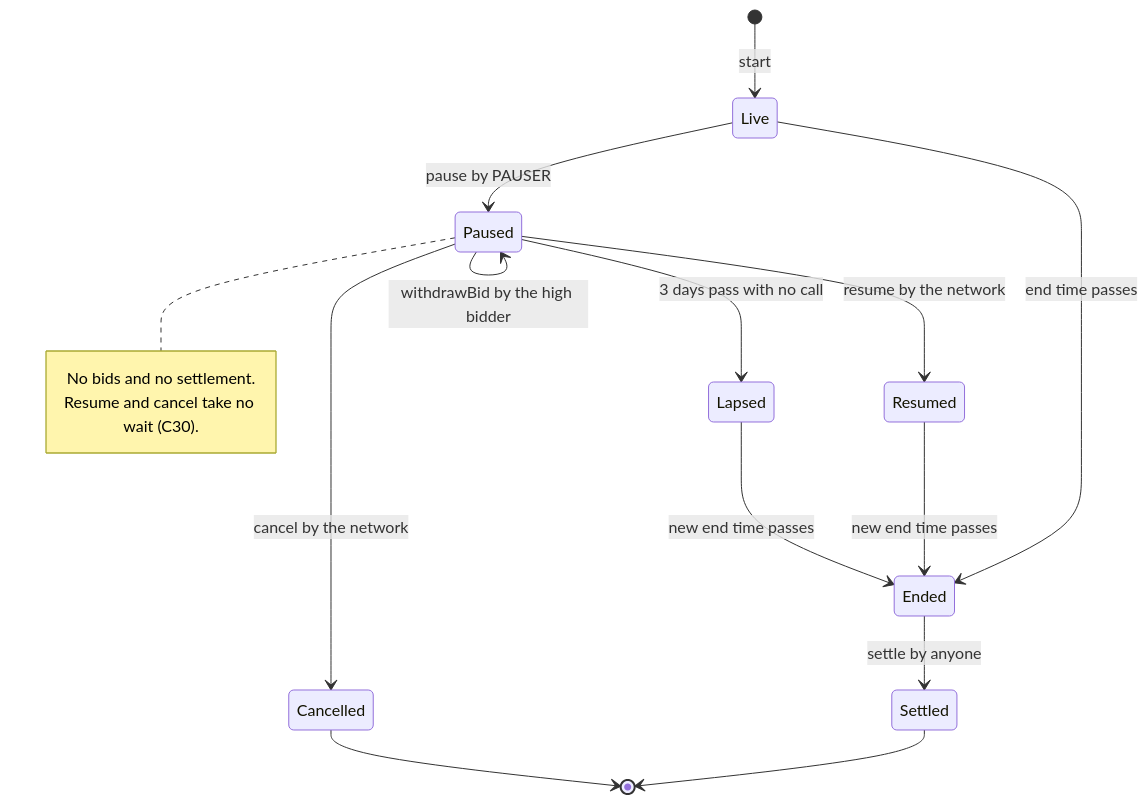
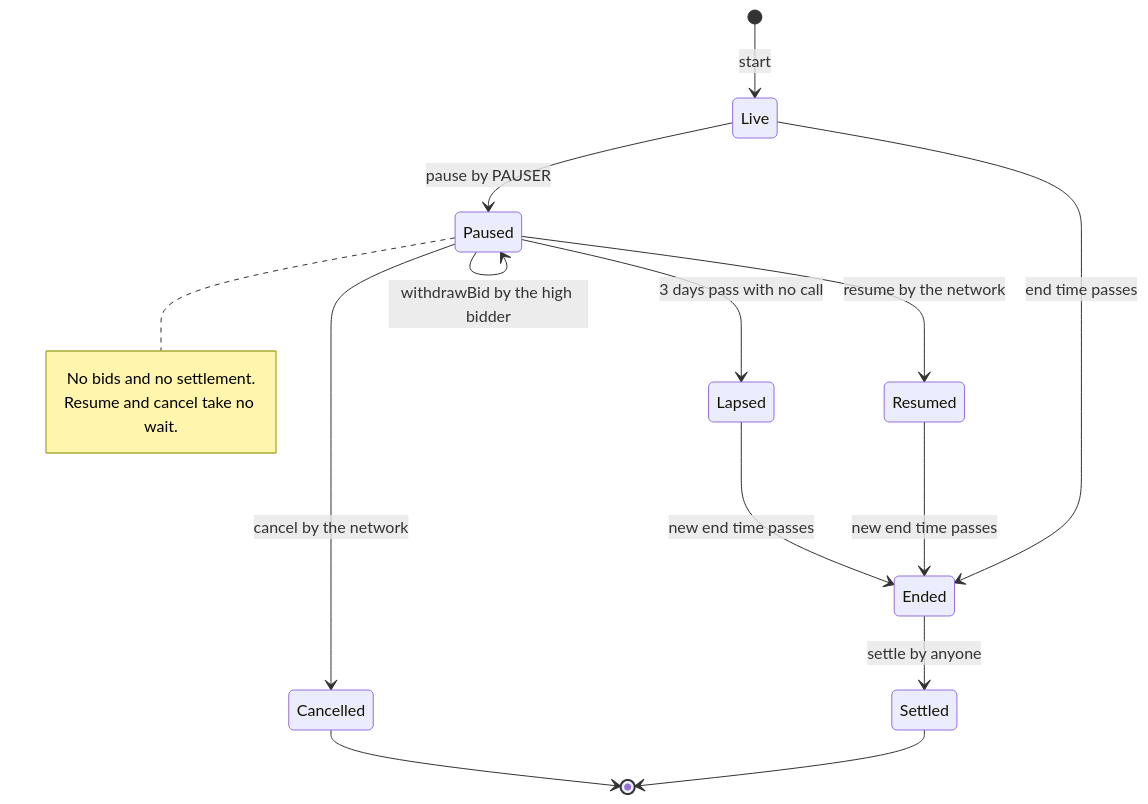
The first of 9 diagrams in docs/spec/disputes-and-statements.md (6529-Collections/6529-works), drawn with Mermaid before and after one commit. The commit also changed other lines of this file and 12 other files, not shown here.

````diff
--- a/docs/spec/disputes-and-statements.md
+++ b/docs/spec/disputes-and-statements.md
@@ -151,26 +151,26 @@
 ```mermaid
 stateDiagram-v2
     state "Live" as Live
     state "Paused" as Paused
     state "Resumed" as Resumed
     state "Lapsed" as Lapsed
     state "Cancelled" as Cancelled
     state "Ended" as Ended
     state "Settled" as Settled
     [*] --> Live : start
     Live --> Paused : pause by PAUSER
     Live --> Ended : end time passes
     Paused --> Paused : withdrawBid by the high bidder
     Paused --> Resumed : resume by the network
     Paused --> Lapsed : 3 days pass with no call
     Paused --> Cancelled : cancel by the network
     Resumed --> Ended : new end time passes
     Lapsed --> Ended : new end time passes
     Ended --> Settled : settle by anyone
     Settled --> [*]
     Cancelled --> [*]
     note right of Paused
         No bids and no settlement.
-        Resume and cancel take no wait (C30).
+        Resume and cancel take no wait.
     end note
 ```
````
